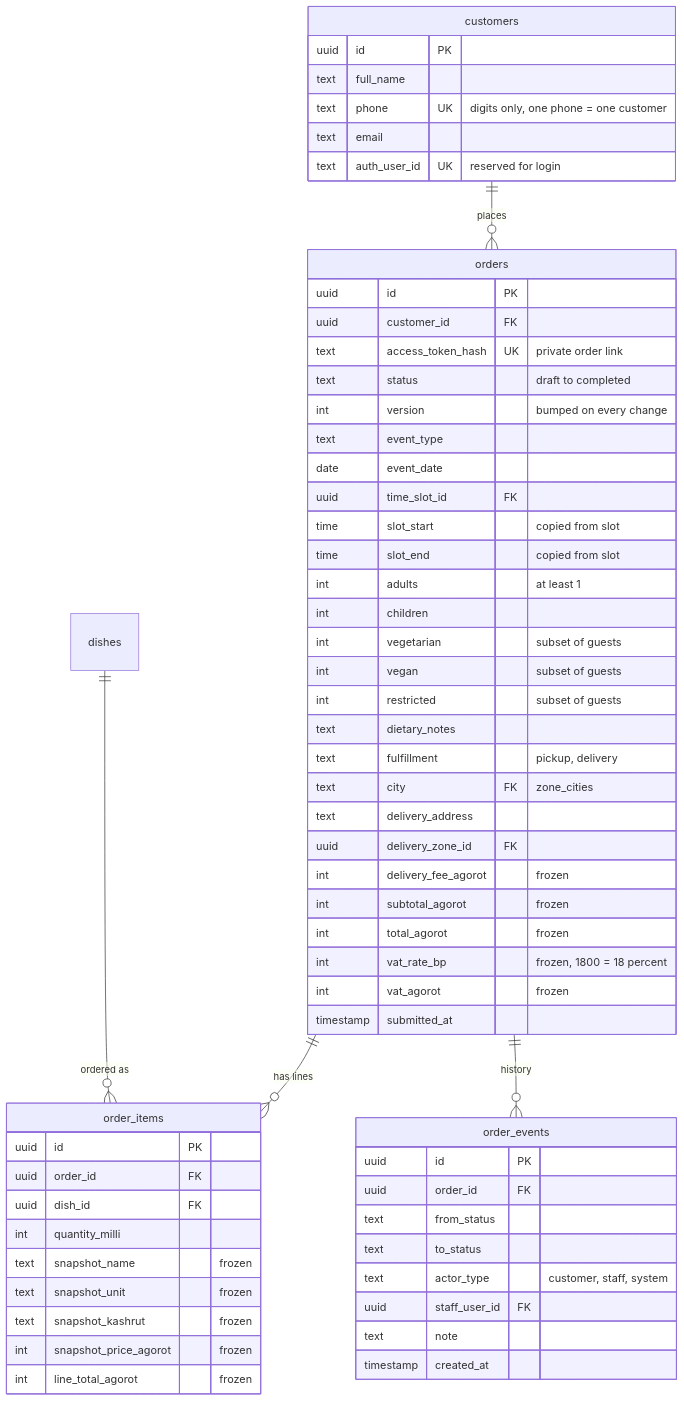
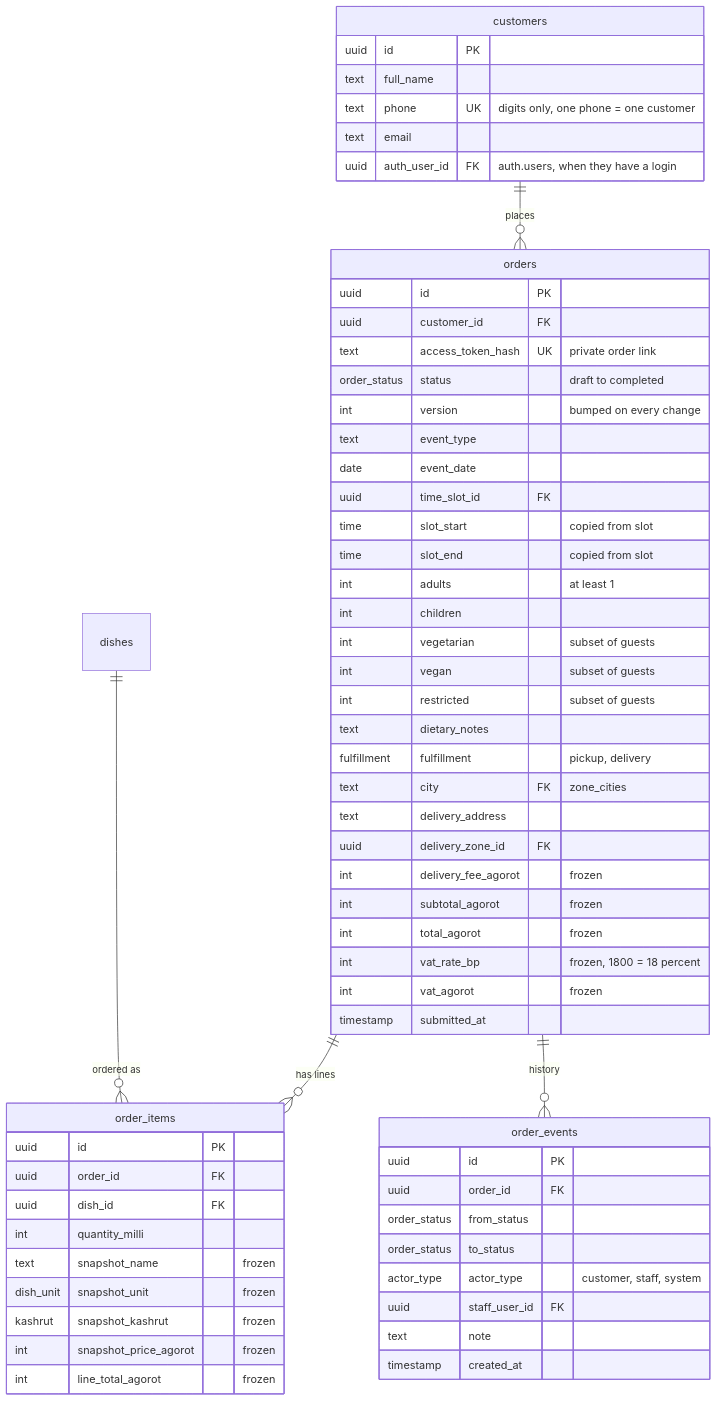
Before and after one commit to JonathanZouari/ai-catering-platform: the third of 5 diagrams in docs/ERD.md, drawn with Mermaid. The commit also changed other lines of this file and 7 other files, not shown here.

````diff
--- a/docs/ERD.md
+++ b/docs/ERD.md
@@ -93,63 +93,63 @@
 ```mermaid
 erDiagram
   customers ||--o{ orders : "places"
   orders ||--o{ order_items : "has lines"
   dishes ||--o{ order_items : "ordered as"
   orders ||--o{ order_events : "history"
   customers {
     uuid id PK
     text full_name
     text phone UK "digits only, one phone = one customer"
     text email
-    text auth_user_id UK "reserved for login"
+    uuid auth_user_id FK "auth.users, when they have a login"
   }
   orders {
     uuid id PK
     uuid customer_id FK
     text access_token_hash UK "private order link"
-    text status "draft to completed"
+    order_status status "draft to completed"
     int version "bumped on every change"
     text event_type
     date event_date
     uuid time_slot_id FK
     time slot_start "copied from slot"
     time slot_end "copied from slot"
     int adults "at least 1"
     int children
     int vegetarian "subset of guests"
     int vegan "subset of guests"
     int restricted "subset of guests"
     text dietary_notes
-    text fulfillment "pickup, delivery"
+    fulfillment fulfillment "pickup, delivery"
     text city FK "zone_cities"
     text delivery_address
     uuid delivery_zone_id FK
     int delivery_fee_agorot "frozen"
     int subtotal_agorot "frozen"
     int total_agorot "frozen"
     int vat_rate_bp "frozen, 1800 = 18 percent"
     int vat_agorot "frozen"
     timestamp submitted_at
   }
   order_items {
     uuid id PK
     uuid order_id FK
     uuid dish_id FK
     int quantity_milli
     text snapshot_name "frozen"
-    text snapshot_unit "frozen"
-    text snapshot_kashrut "frozen"
+    dish_unit snapshot_unit "frozen"
+    kashrut snapshot_kashrut "frozen"
     int snapshot_price_agorot "frozen"
     int line_total_agorot "frozen"
   }
   order_events {
     uuid id PK
     uuid order_id FK
-    text from_status
-    text to_status
-    text actor_type "customer, staff, system"
+    order_status from_status
+    order_status to_status
+    actor_type actor_type "customer, staff, system"
     uuid staff_user_id FK
     text note
     timestamp created_at
   }
 ```
````
